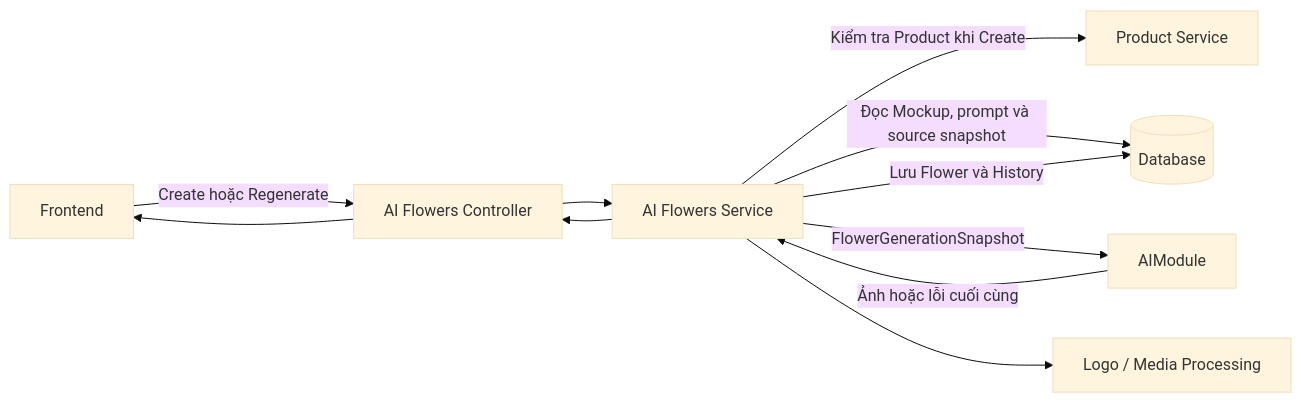
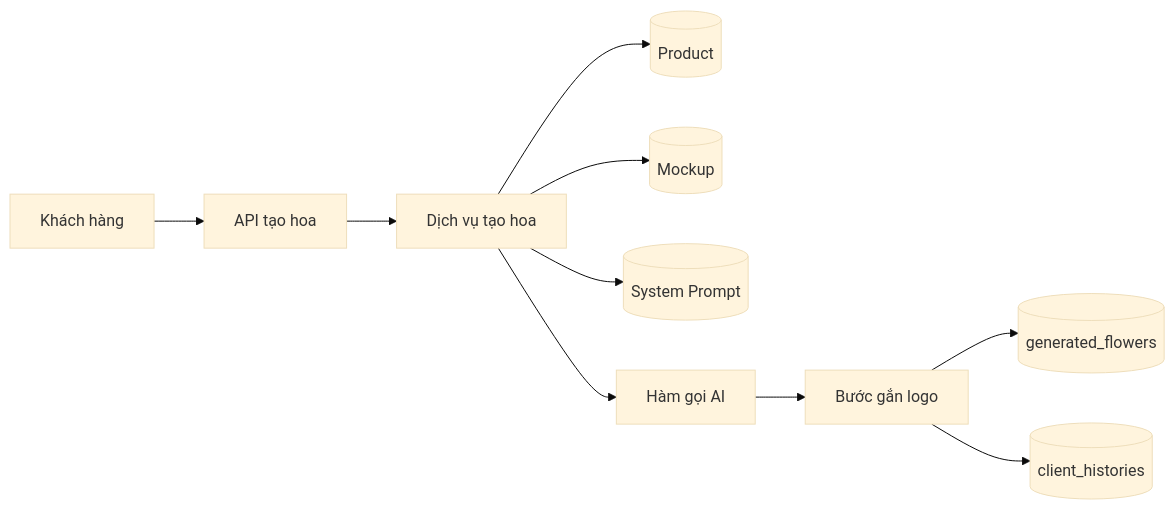
The first of 5 diagrams in HoaTheoMua.Repository/docs/tdd/TDD-016/TDD-016-tao-yeu-cau-va-mau-hoa-ai.md (TaskCoper/hoatheomua-be), drawn with Mermaid (base theme) before and after one commit. The commit also changed other lines of this file and 214 other files, not shown here.

````diff
--- a/HoaTheoMua.Repository/docs/tdd/TDD-016/TDD-016-tao-yeu-cau-va-mau-hoa-ai.md
+++ b/HoaTheoMua.Repository/docs/tdd/TDD-016/TDD-016-tao-yeu-cau-va-mau-hoa-ai.md
@@ -76,21 +91,12 @@
 ```mermaid
 flowchart LR
-    FE[Frontend]
-    API[AI Flowers Controller]
-    SVC[AI Flowers Service]
-    CORE[Product Service]
-    DB[(Database)]
-    AI[AIModule]
-    MEDIA[Logo / Media Processing]
-
-    FE -->|Create hoặc Regenerate| API
-    API --> SVC
-    SVC -->|Kiểm tra Product khi Create| CORE
-    SVC -->|Đọc Mockup, prompt và source snapshot| DB
-    SVC -->|FlowerGenerationSnapshot| AI
-    AI -->|Ảnh hoặc lỗi cuối cùng| SVC
-    SVC --> MEDIA
-    SVC -->|Lưu Flower và History| DB
-    SVC --> API
-    API --> FE
+    C[Khách hàng] --> API[API tạo hoa]
+    API --> S[Dịch vụ tạo hoa]
+    S --> P[(Product)]
+    S --> M[(Mockup)]
+    S --> SP[(System Prompt)]
+    S --> AI[Hàm gọi AI]
+    AI --> L[Bước gắn logo]
+    L --> GF[(generated_flowers)]
+    L --> CH[(client_histories)]
 ```
````
